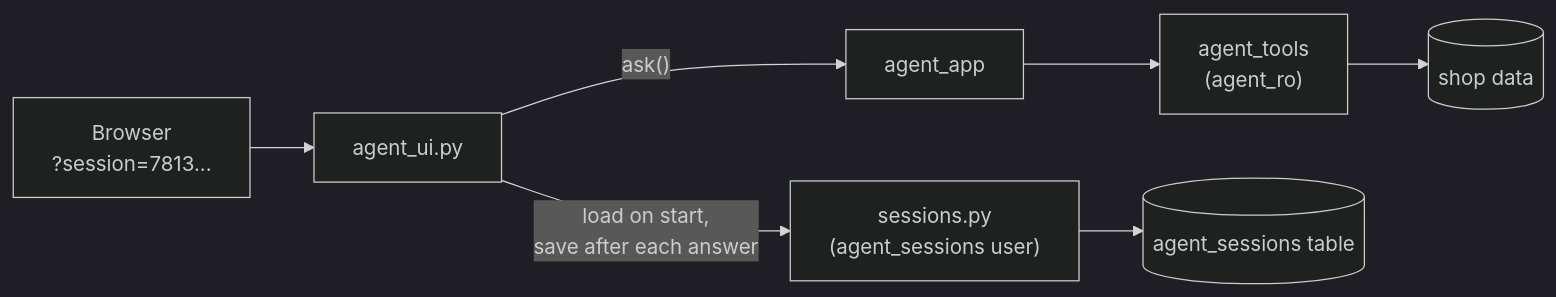
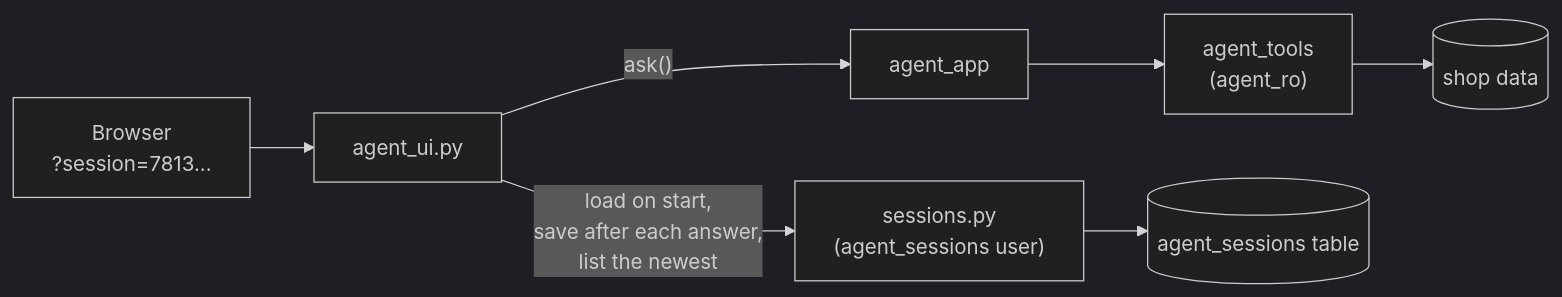
The diagram in docs/sessions.md (ensanguine2279/sctp-aie-m5-jurong-marine), drawn with Mermaid (dark theme) before and after one commit. The commit also changed other lines of this file and 8 other files, not shown here.

````diff
--- a/docs/sessions.md
+++ b/docs/sessions.md
@@ -12,9 +14,9 @@
 ```mermaid
 flowchart LR
     B["Browser<br/>?session=7813..."] --> U["agent_ui.py"]
     U -->|"ask()"| A["agent_app"]
     A --> T["agent_tools<br/>(agent_ro)"]
-    U -->|"load on start,<br/>save after each answer"| S["sessions.py<br/>(agent_sessions user)"]
+    U -->|"load on start,<br/>save after each answer,<br/>list the newest"| S["sessions.py<br/>(agent_sessions user)"]
     S --> D[("agent_sessions table")]
     T --> M[("shop data")]
 ```
````
